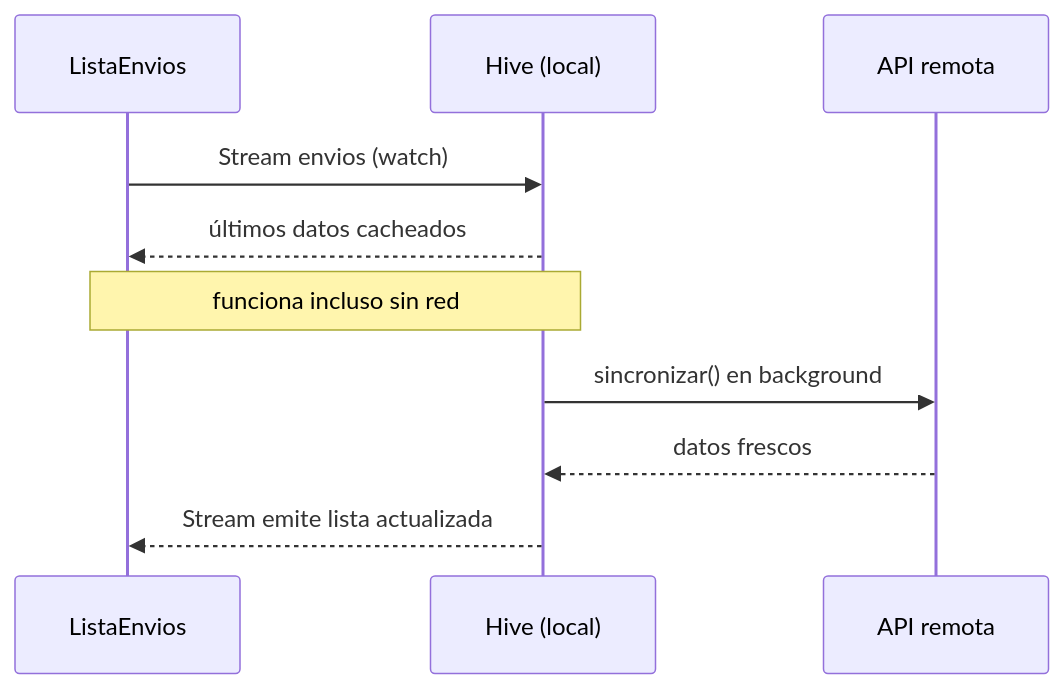
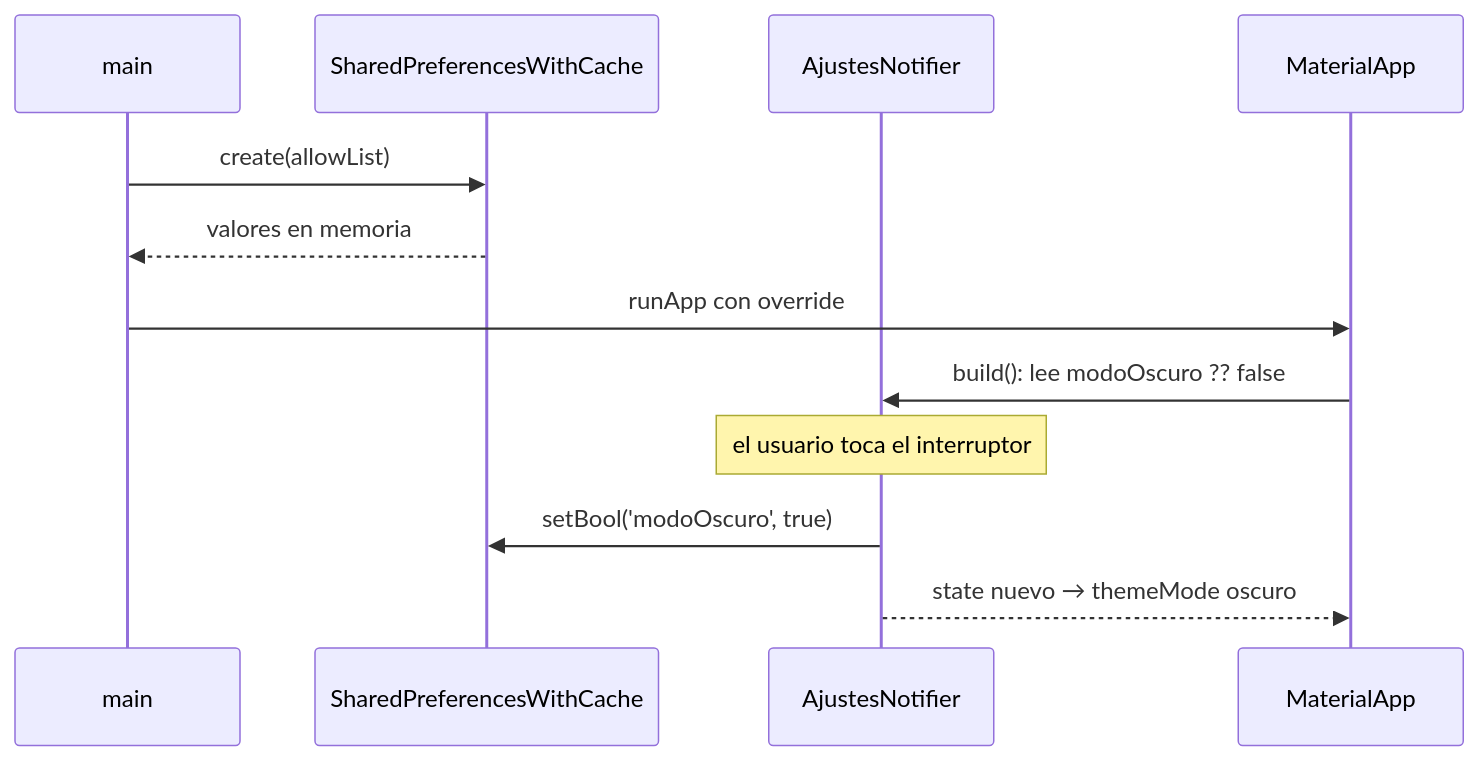
One commit to NICORUIZ93/The_Imperial_Book changed the first of 5 diagrams in web/public/content/flutter/modulo-6.md. Above: the diagram before and after it, drawn with Mermaid. The commit also changed other lines of this file and 6 other files, not shown here.

First line of the commit message:
Flutter, Módulo 6: persistencia local con SQLite y archivos reales

````diff
--- a/web/public/content/flutter/modulo-6.md
+++ b/web/public/content/flutter/modulo-6.md
@@ -250,12 +134,14 @@
 ```mermaid
 sequenceDiagram
-    participant UI as ListaEnvios
-    participant Cache as Hive (local)
-    participant API as API remota
-    UI->>Cache: Stream envios (watch)
-    Cache-->>UI: últimos datos cacheados
-    Note over UI,Cache: funciona incluso sin red
-    Cache->>API: sincronizar() en background
-    API-->>Cache: datos frescos
-    Cache-->>UI: Stream emite lista actualizada
+    participant M as main
+    participant P as SharedPreferencesWithCache
+    participant N as AjustesNotifier
+    participant A as MaterialApp
+    M->>P: create(allowList)
+    P-->>M: valores en memoria
+    M->>A: runApp con override
+    A->>N: build(): lee modoOscuro ?? false
+    Note over N: el usuario toca el interruptor
+    N->>P: setBool('modoOscuro', true)
+    N-->>A: state nuevo → themeMode oscuro
 ```
````
